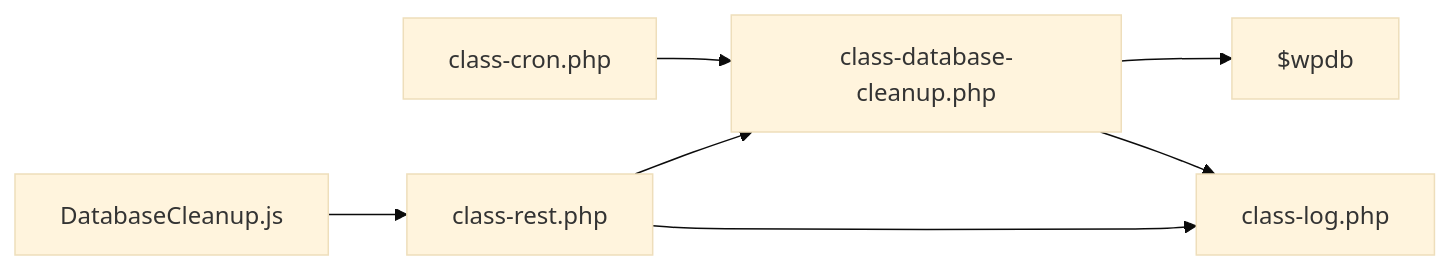
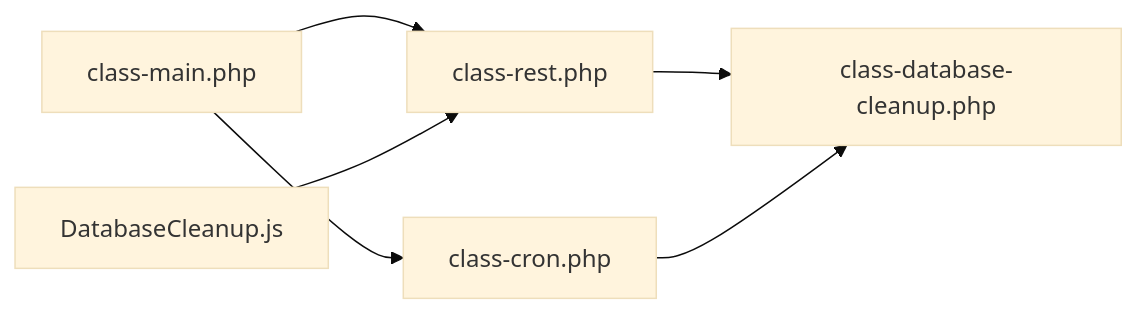
One commit to nilesh32236/performance-optimisation changed the fifth of 5 diagrams in .qoder/repowiki/en/content/Database Management/Automated Cleanup Processes.md. Above: the diagram before and after it, drawn with Mermaid (base theme). The commit also changed other lines of this file and 46 other files, not shown here.

````diff
--- a/.qoder/repowiki/en/content/Database Management/Automated Cleanup Processes.md
+++ b/.qoder/repowiki/en/content/Database Management/Automated Cleanup Processes.md
@@ -278,9 +235,8 @@
 ```mermaid
 graph LR
-UI["DatabaseCleanup.js"] --> REST["class-rest.php"]
+MAIN["class-main.php"] --> REST["class-rest.php"]
+MAIN --> CRON["class-cron.php"]
 REST --> CLEAN["class-database-cleanup.php"]
-CRON["class-cron.php"] --> CLEAN
-CLEAN --> DB["$wpdb"]
-REST --> LOG["class-log.php"]
-CLEAN --> LOG
+CRON --> CLEAN
+UI["DatabaseCleanup.js"] --> REST
 ```
````
